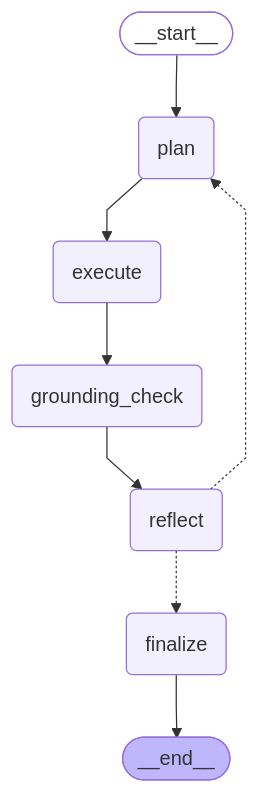
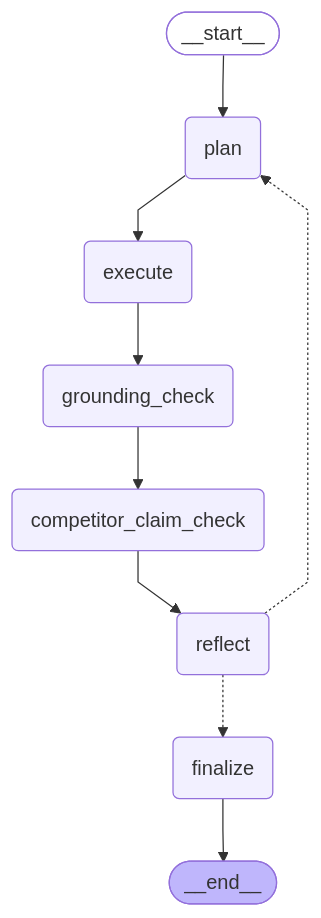
The diagram in docs/agent_graph.md (ChenLGit/merckchatbot), drawn with Mermaid before and after one commit. The commit also changed other lines of this file and 3 other files, not shown here.

````diff
--- a/docs/agent_graph.md
+++ b/docs/agent_graph.md
@@ -21,25 +27,27 @@
 ```mermaid
 ---
 config:
   flowchart:
     curve: linear
 ---
 graph TD;
 	__start__([<p>__start__</p>]):::first
 	plan(plan)
 	execute(execute)
 	grounding_check(grounding_check)
+	competitor_claim_check(competitor_claim_check)
 	reflect(reflect)
 	finalize(finalize)
 	__end__([<p>__end__</p>]):::last
 	__start__ --> plan;
+	competitor_claim_check --> reflect;
 	execute --> grounding_check;
-	grounding_check --> reflect;
+	grounding_check --> competitor_claim_check;
 	plan --> execute;
 	reflect -.-> finalize;
 	reflect -.-> plan;
 	finalize --> __end__;
 	classDef default fill:#f2f0ff,line-height:1.2
 	classDef first fill-opacity:0
 	classDef last fill:#bfb6fc
 ```
````
